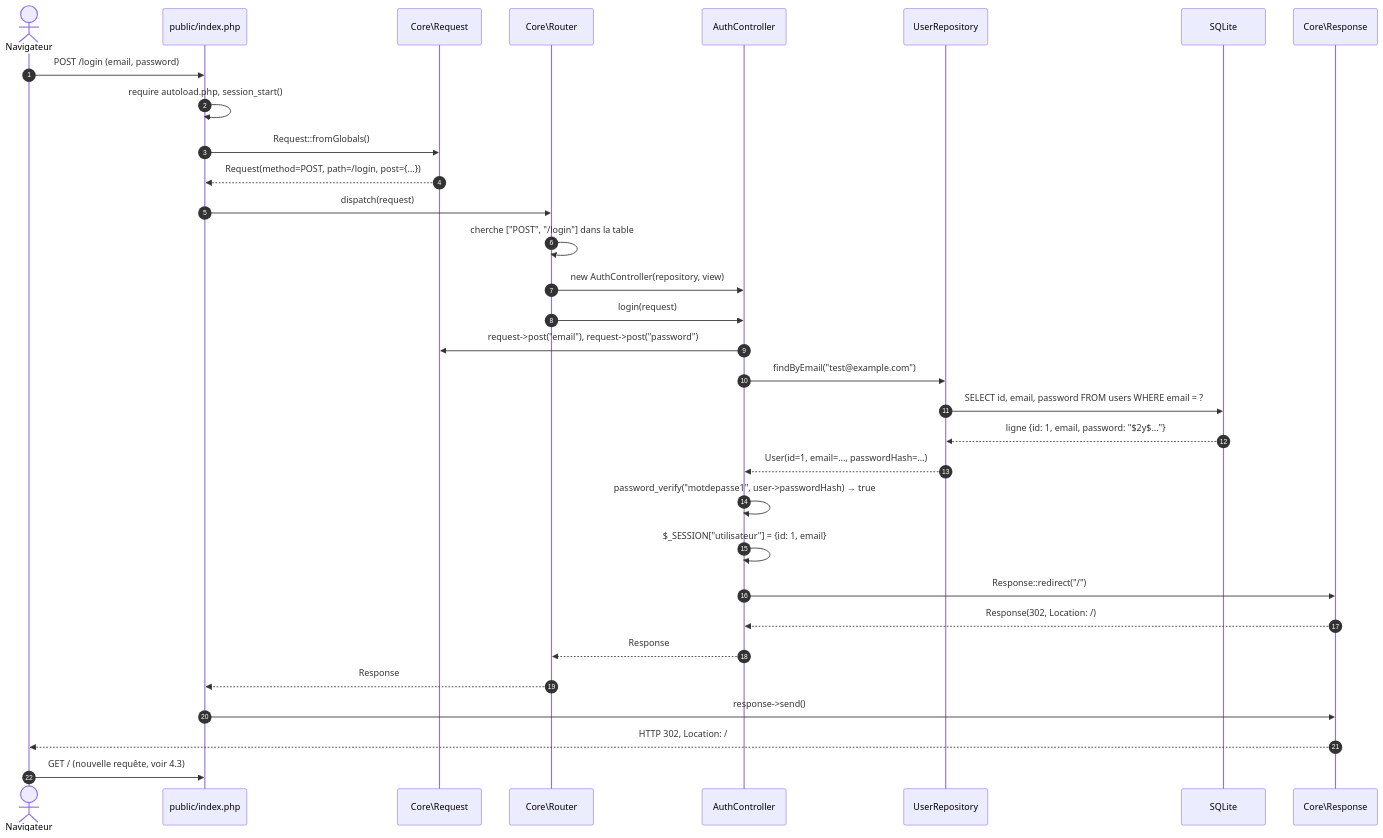
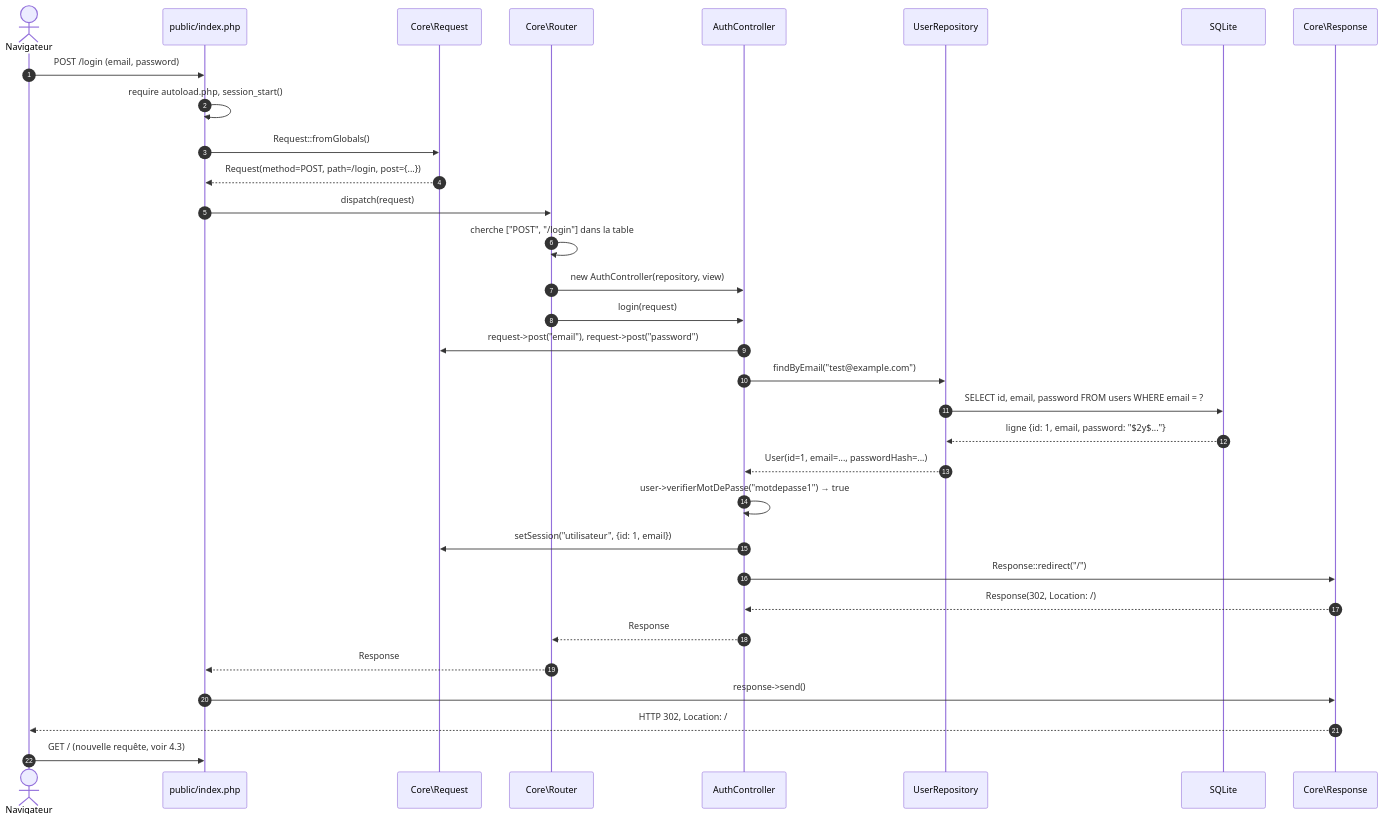
Before and after one commit to hadeli/MVC-Explication: the fourth of 7 diagrams in MVC.md, drawn with Mermaid. The commit also changed other lines of this file and 149 other files, not shown here.

````diff
--- a/MVC.md
+++ b/MVC.md
@@ -146,35 +146,35 @@
 ```mermaid
 sequenceDiagram
     autonumber
     actor B as Navigateur
     participant FC as public/index.php
     participant RQ as Core\Request
     participant RT as Core\Router
     participant AC as AuthController
     participant UR as UserRepository
     participant DB as SQLite
     participant RS as Core\Response
 
     B->>FC: POST /login (email, password)
     FC->>FC: require autoload.php, session_start()
     FC->>RQ: Request::fromGlobals()
     RQ-->>FC: Request(method=POST, path=/login, post={...})
     FC->>RT: dispatch(request)
     RT->>RT: cherche ["POST", "/login"] dans la table
     RT->>AC: new AuthController(repository, view)
     RT->>AC: login(request)
     AC->>RQ: request->post("email"), request->post("password")
     AC->>UR: findByEmail("test@example.com")
     UR->>DB: SELECT id, email, password FROM users WHERE email = ?
     DB-->>UR: ligne {id: 1, email, password: "$2y$..."}
     UR-->>AC: User(id=1, email=..., passwordHash=...)
-    AC->>AC: password_verify("motdepasse1", user->passwordHash) → true
-    AC->>AC: $_SESSION["utilisateur"] = {id: 1, email}
+    AC->>AC: user->verifierMotDePasse("motdepasse1") → true
+    AC->>RQ: setSession("utilisateur", {id: 1, email})
     AC->>RS: Response::redirect("/")
     RS-->>AC: Response(302, Location: /)
     AC-->>RT: Response
     RT-->>FC: Response
     FC->>RS: response->send()
     RS-->>B: HTTP 302, Location: /
     B->>FC: GET /  (nouvelle requête, voir 4.3)
 ```
````
